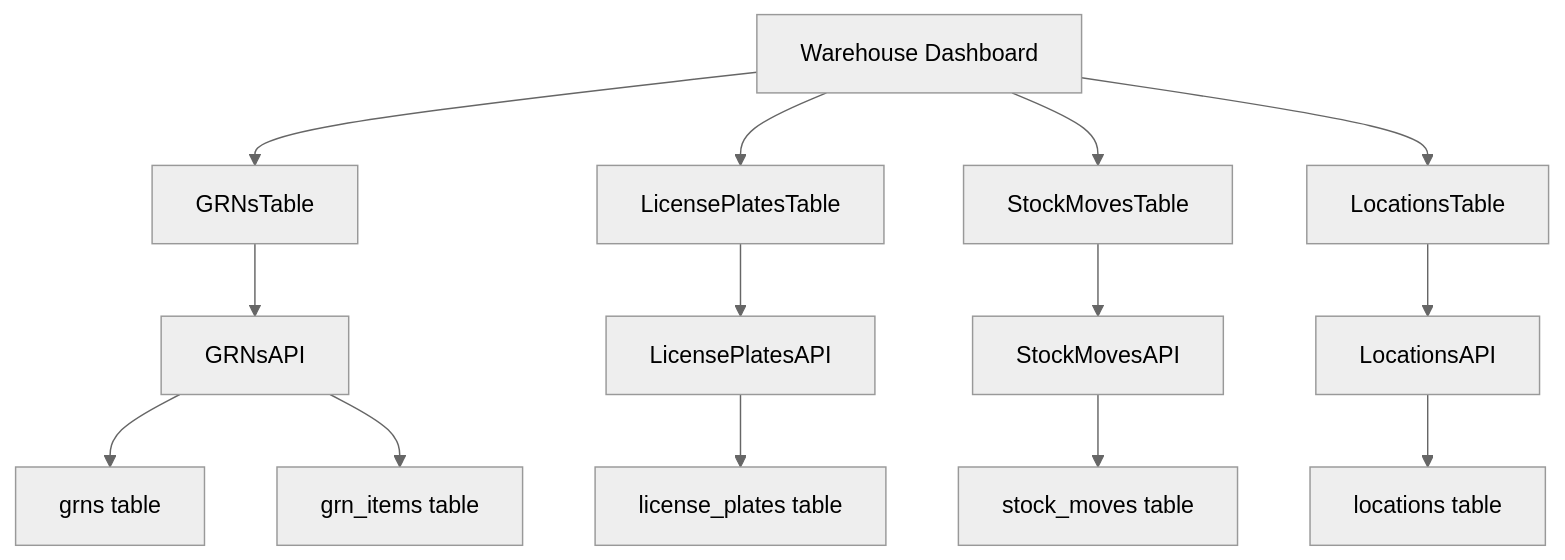
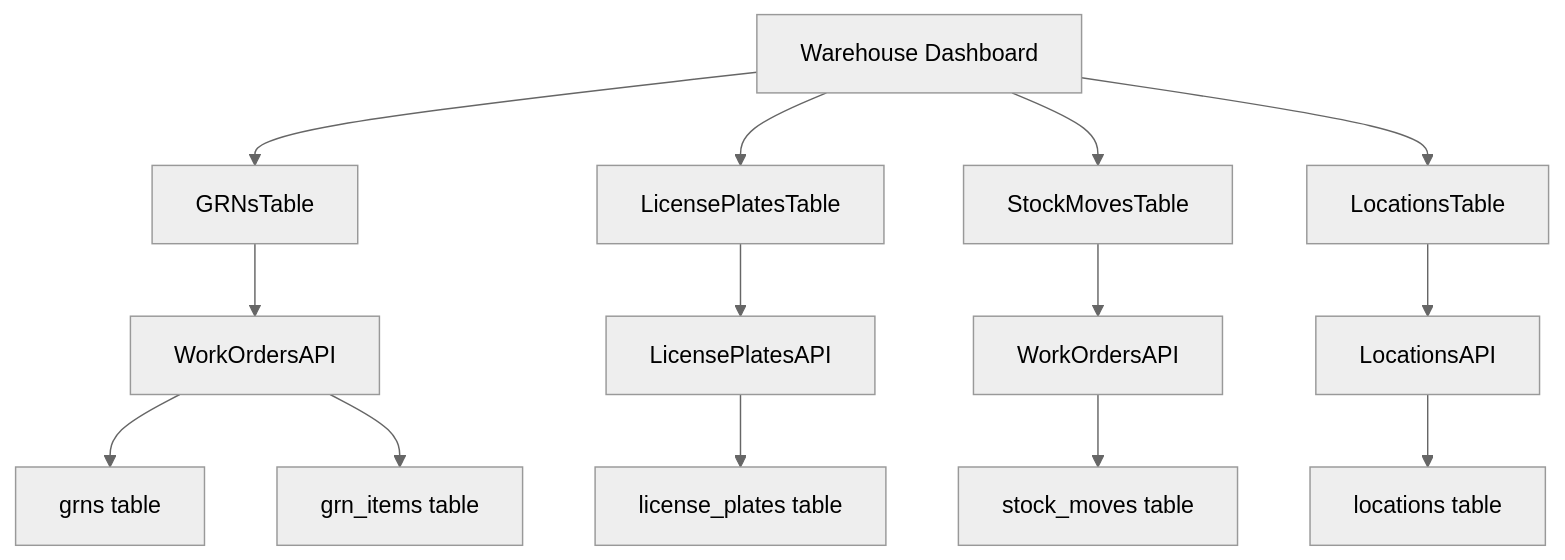
The first of 4 diagrams in docs/modules/warehouse/WAREHOUSE_MODULE_GUIDE.md (CoderMariusz/MonoPilot), drawn with Mermaid (neutral theme) before and after one commit. The commit also changed other lines of this file and 14 other files, not shown here.

````diff
--- a/docs/modules/warehouse/WAREHOUSE_MODULE_GUIDE.md
+++ b/docs/modules/warehouse/WAREHOUSE_MODULE_GUIDE.md
@@ -82,18 +79,18 @@
 ```mermaid
 graph TD
     A[Warehouse Dashboard] --> B[GRNsTable]
     A --> C[LicensePlatesTable]
     A --> D[StockMovesTable]
     A --> E[LocationsTable]
     
-    B --> F[GRNsAPI]
+    B --> F[WorkOrdersAPI]
     C --> G[LicensePlatesAPI]
-    D --> H[StockMovesAPI]
+    D --> H[WorkOrdersAPI]
     E --> I[LocationsAPI]
     
     F --> J[grns table]
     F --> K[grn_items table]
     G --> L[license_plates table]
     H --> M[stock_moves table]
     I --> N[locations table]
 ```
````
